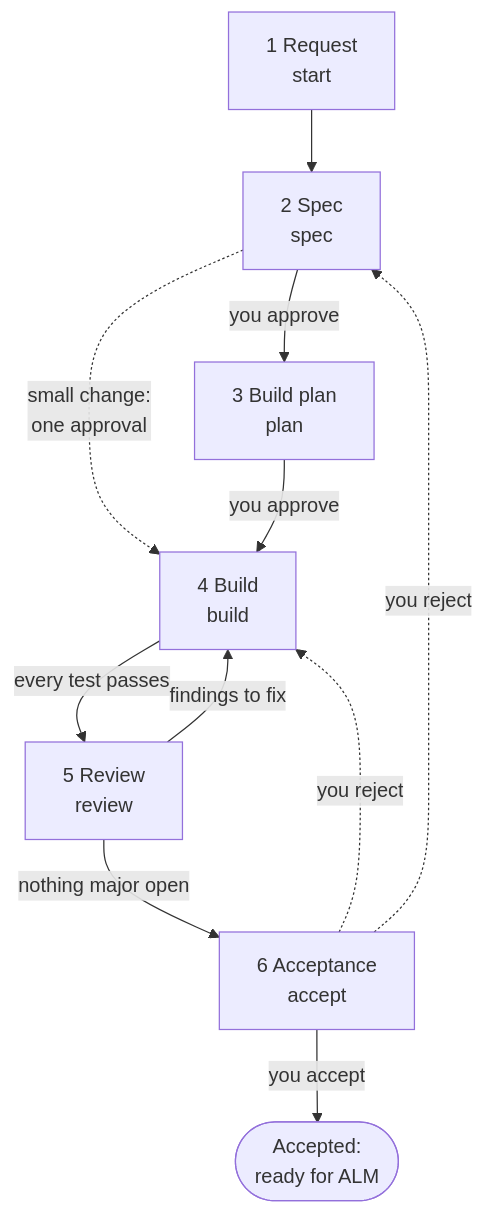
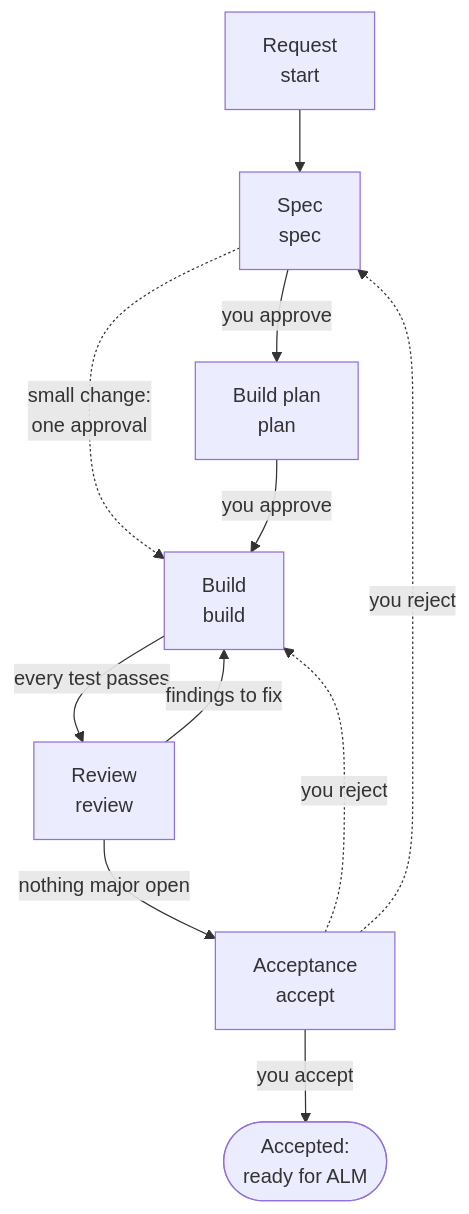
Before and after one commit to flowon-official/ai-plugins: the diagram in plugins/logic-fabric-dataverse/README.md, drawn with Mermaid. The commit also changed other lines of this file, not shown here.

````diff
--- a/plugins/logic-fabric-dataverse/README.md
+++ b/plugins/logic-fabric-dataverse/README.md
@@ -46,13 +46,13 @@
 ```mermaid
 flowchart TD
-    request["1 Request<br/>start"] --> spec["2 Spec<br/>spec"]
-    spec -- "you approve" --> plan["3 Build plan<br/>plan"]
+    request["Request<br/>start"] --> spec["Spec<br/>spec"]
+    spec -- "you approve" --> plan["Build plan<br/>plan"]
     spec -. "small change:<br/>one approval" .-> build
-    plan -- "you approve" --> build["4 Build<br/>build"]
-    build -- "every test passes" --> review["5 Review<br/>review"]
+    plan -- "you approve" --> build["Build<br/>build"]
+    build -- "every test passes" --> review["Review<br/>review"]
     review -- "findings to fix" --> build
-    review -- "nothing major open" --> accept["6 Acceptance<br/>accept"]
+    review -- "nothing major open" --> accept["Acceptance<br/>accept"]
     accept -- "you accept" --> done(["Accepted:<br/>ready for ALM"])
     accept -. "you reject" .-> build
     accept -. "you reject" .-> spec
 ```
````
